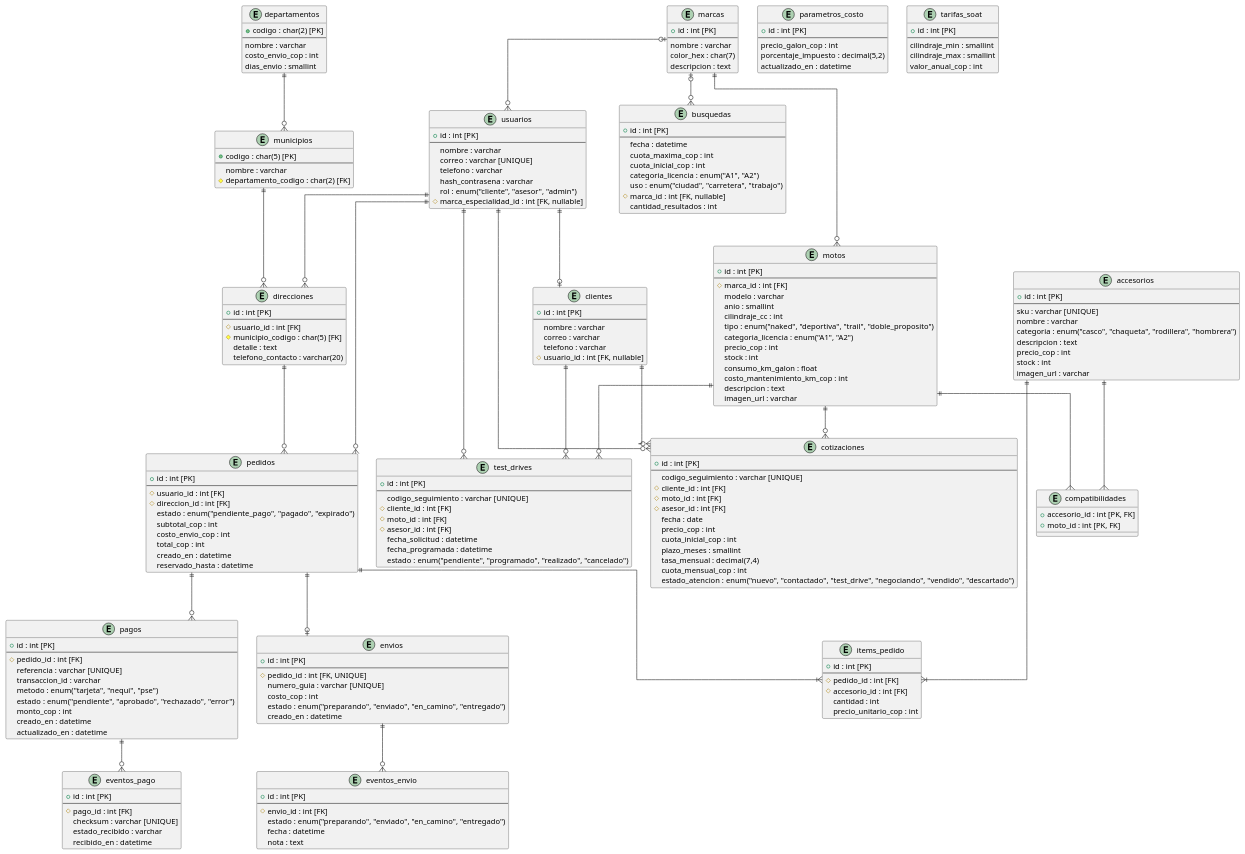
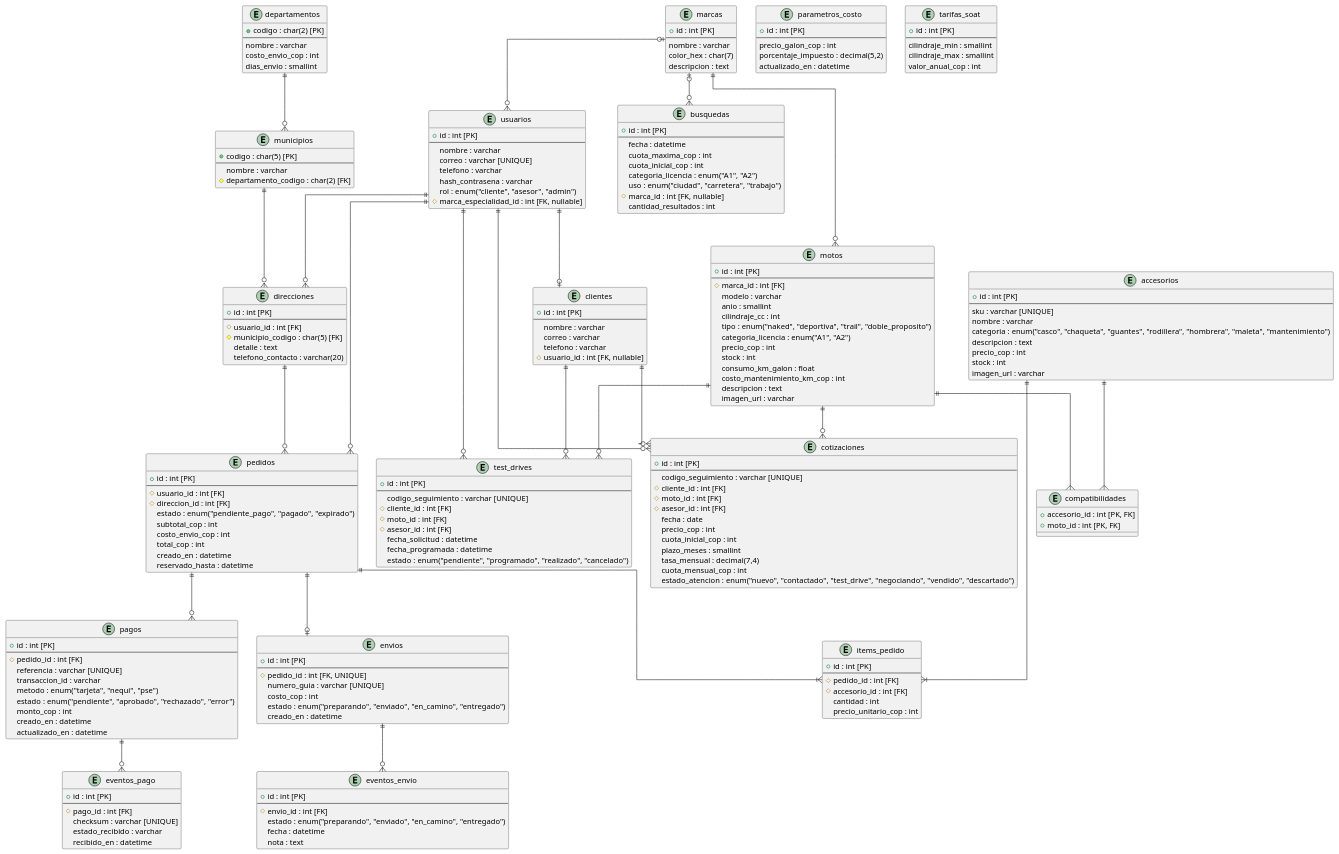
The diagram in docs/uml/fuentes/modelo-logico-relacional.puml (Andresg9805/concesionario-motos), drawn with PlantUML before and after one commit. The commit also changed 15 other files, not shown here.

```diff
--- a/docs/uml/fuentes/modelo-logico-relacional.puml
+++ b/docs/uml/fuentes/modelo-logico-relacional.puml
@@ -107,7 +107,7 @@
   --
   sku : varchar [UNIQUE]
   nombre : varchar
-  categoria : enum("casco", "chaqueta", "rodillera", "hombrera")
+  categoria : enum("casco", "chaqueta", "guantes", "rodillera", "hombrera", "maleta", "mantenimiento")
   descripcion : text
   precio_cop : int
   stock : int
```
